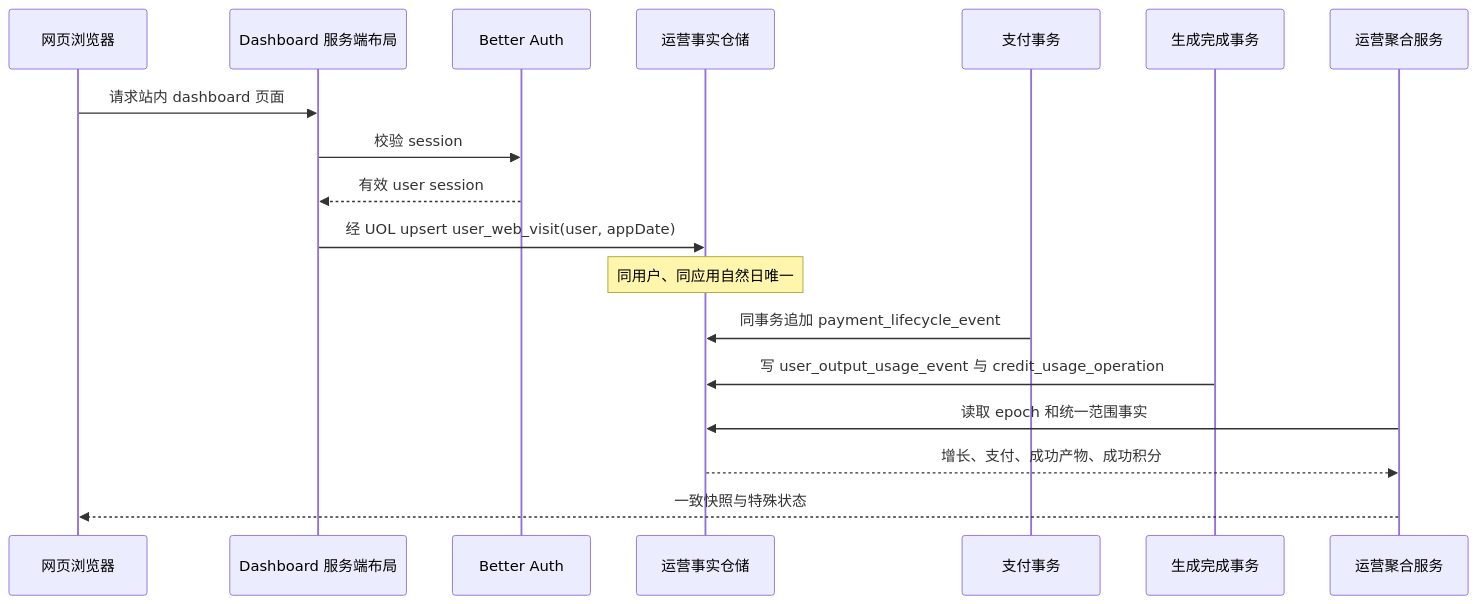
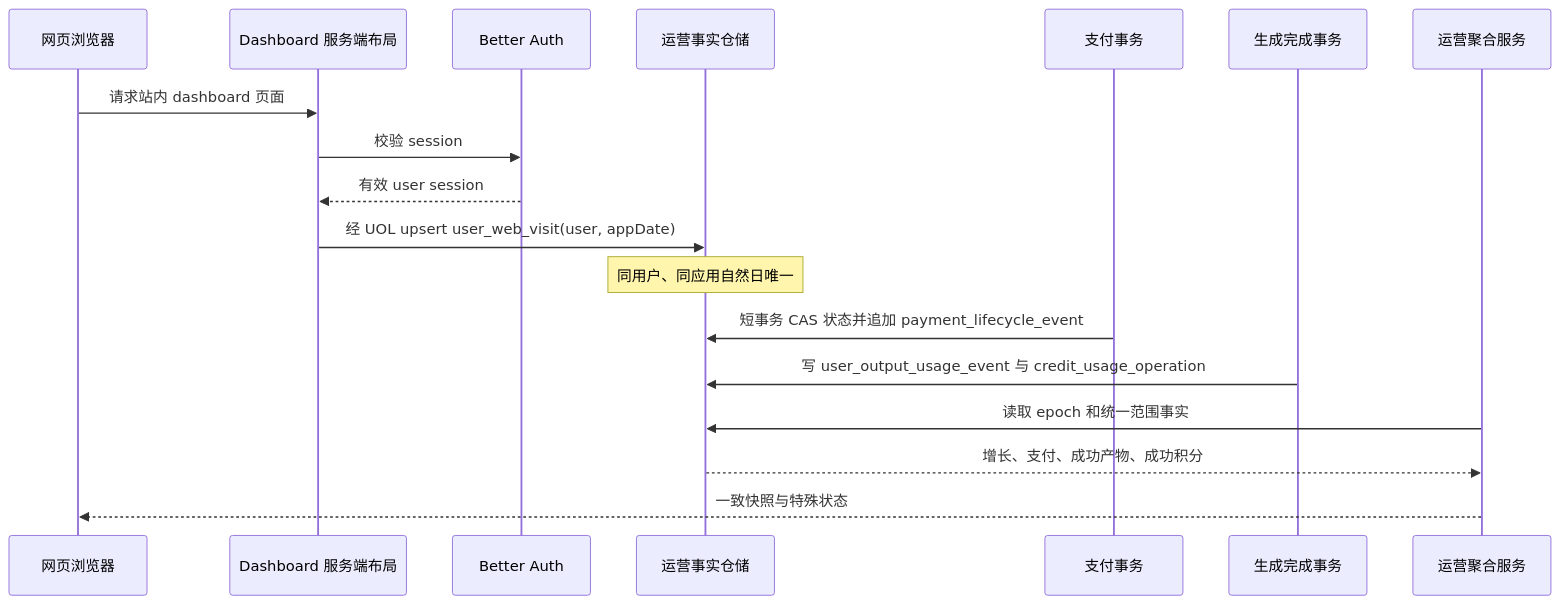
Before and after one commit to FluxCode666/FluxMedia-1: the third of 6 diagrams in docs/plans/2026-08-13-1516-feat-operations-dashboard-plan.md, drawn with Mermaid. The commit also changed other lines of this file, not shown here.

````diff
--- a/docs/plans/2026-08-13-1516-feat-operations-dashboard-plan.md
+++ b/docs/plans/2026-08-13-1516-feat-operations-dashboard-plan.md
@@ -300,21 +335,21 @@
 ```mermaid
 sequenceDiagram
   participant Browser as 网页浏览器
   participant Layout as Dashboard 服务端布局
   participant Auth as Better Auth
   participant Facts as 运营事实仓储
   participant Payment as 支付事务
   participant Media as 生成完成事务
   participant Query as 运营聚合服务
 
   Browser->>Layout: 请求站内 dashboard 页面
   Layout->>Auth: 校验 session
   Auth-->>Layout: 有效 user session
   Layout->>Facts: 经 UOL upsert user_web_visit(user, appDate)
   Note over Facts: 同用户、同应用自然日唯一
-  Payment->>Facts: 同事务追加 payment_lifecycle_event
+  Payment->>Facts: 短事务 CAS 状态并追加 payment_lifecycle_event
   Media->>Facts: 写 user_output_usage_event 与 credit_usage_operation
   Query->>Facts: 读取 epoch 和统一范围事实
   Facts-->>Query: 增长、支付、成功产物、成功积分
   Query-->>Browser: 一致快照与特殊状态
 ```
````
